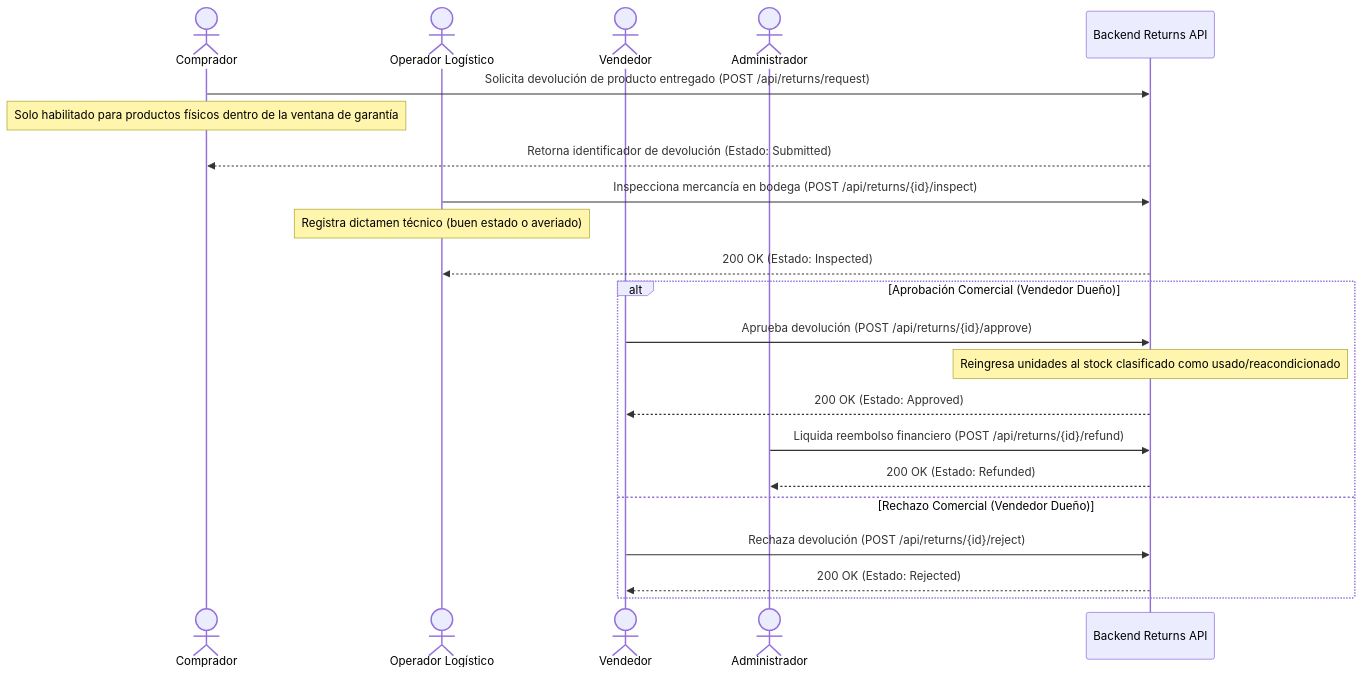
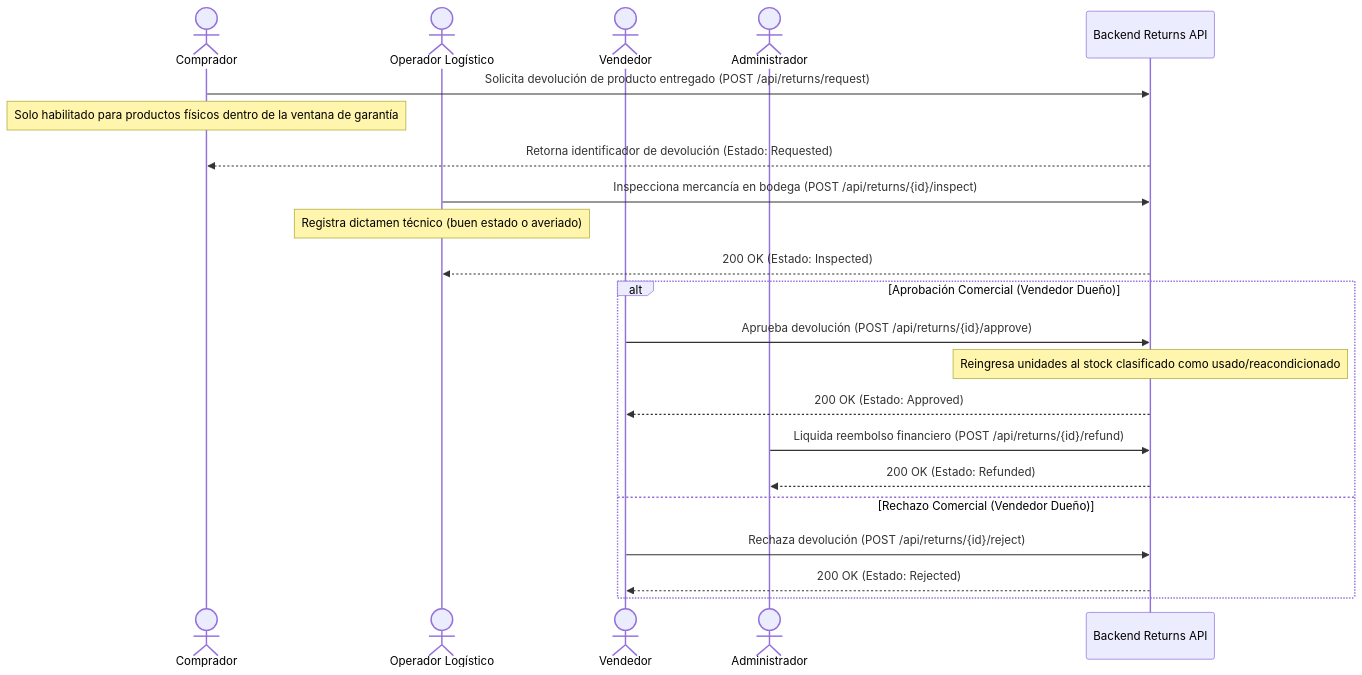
One commit to D-MachadoDev/Zentric changed the fourth of 4 diagrams in frontendSDD/Frontend-User-Flows.md. Above: the diagram before and after it, drawn with Mermaid. The commit also changed other lines of this file and 12 other files, not shown here.

````diff
--- a/frontendSDD/Frontend-User-Flows.md
+++ b/frontendSDD/Frontend-User-Flows.md
@@ -146,25 +146,25 @@
 ```mermaid
 sequenceDiagram
     actor Comprador
     actor Operador as Operador Logístico
     actor Vendedor
     actor Admin as Administrador
     participant API as Backend Returns API
 
     Comprador->>API: Solicita devolución de producto entregado (POST /api/returns/request)
     Note over Comprador: Solo habilitado para productos físicos dentro de la ventana de garantía
-    API-->>Comprador: Retorna identificador de devolución (Estado: Submitted)
+    API-->>Comprador: Retorna identificador de devolución (Estado: Requested)
     Operador->>API: Inspecciona mercancía en bodega (POST /api/returns/{id}/inspect)
     Note over Operador: Registra dictamen técnico (buen estado o averiado)
     API-->>Operador: 200 OK (Estado: Inspected)
     alt Aprobación Comercial (Vendedor Dueño)
         Vendedor->>API: Aprueba devolución (POST /api/returns/{id}/approve)
         Note over API: Reingresa unidades al stock clasificado como usado/reacondicionado
         API-->>Vendedor: 200 OK (Estado: Approved)
         Admin->>API: Liquida reembolso financiero (POST /api/returns/{id}/refund)
         API-->>Admin: 200 OK (Estado: Refunded)
     else Rechazo Comercial (Vendedor Dueño)
         Vendedor->>API: Rechaza devolución (POST /api/returns/{id}/reject)
         API-->>Vendedor: 200 OK (Estado: Rejected)
     end
 ```
````
